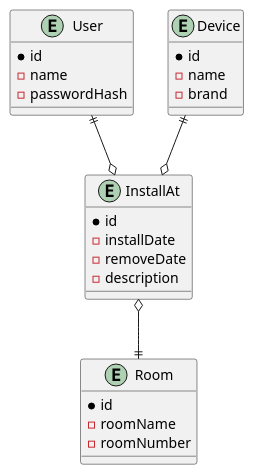
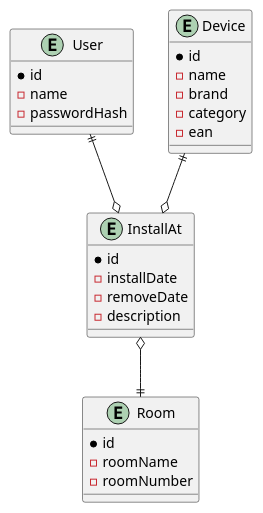
The diagram in asciidoctor-docker-template-master/plantuml/erd.puml (htl-leonding-project/5ahif-syp-chromecast-manager), drawn with PlantUML before and after one commit. The commit also changed 2 other files, not shown here.

Commit message:
erd changed

```diff
--- a/asciidoctor-docker-template-master/plantuml/erd.puml
+++ b/asciidoctor-docker-template-master/plantuml/erd.puml
@@ -1,31 +1,35 @@
 @startuml
 entity User {
    * id
    - name
    - passwordHash
+
 }
 
 entity Device{
    * id
    - name
    - brand
+   - category
+   - ean
 }
 
 entity InstallAt {
    * id
    - installDate
    - removeDate
-   -  description
+   - description
+
 }
 
 entity Room{
     * id
     - roomName
     - roomNumber
 }
 
 User ||--o InstallAt
 Device ||--o InstallAt
 InstallAt o--|| Room
 
 @enduml
```
